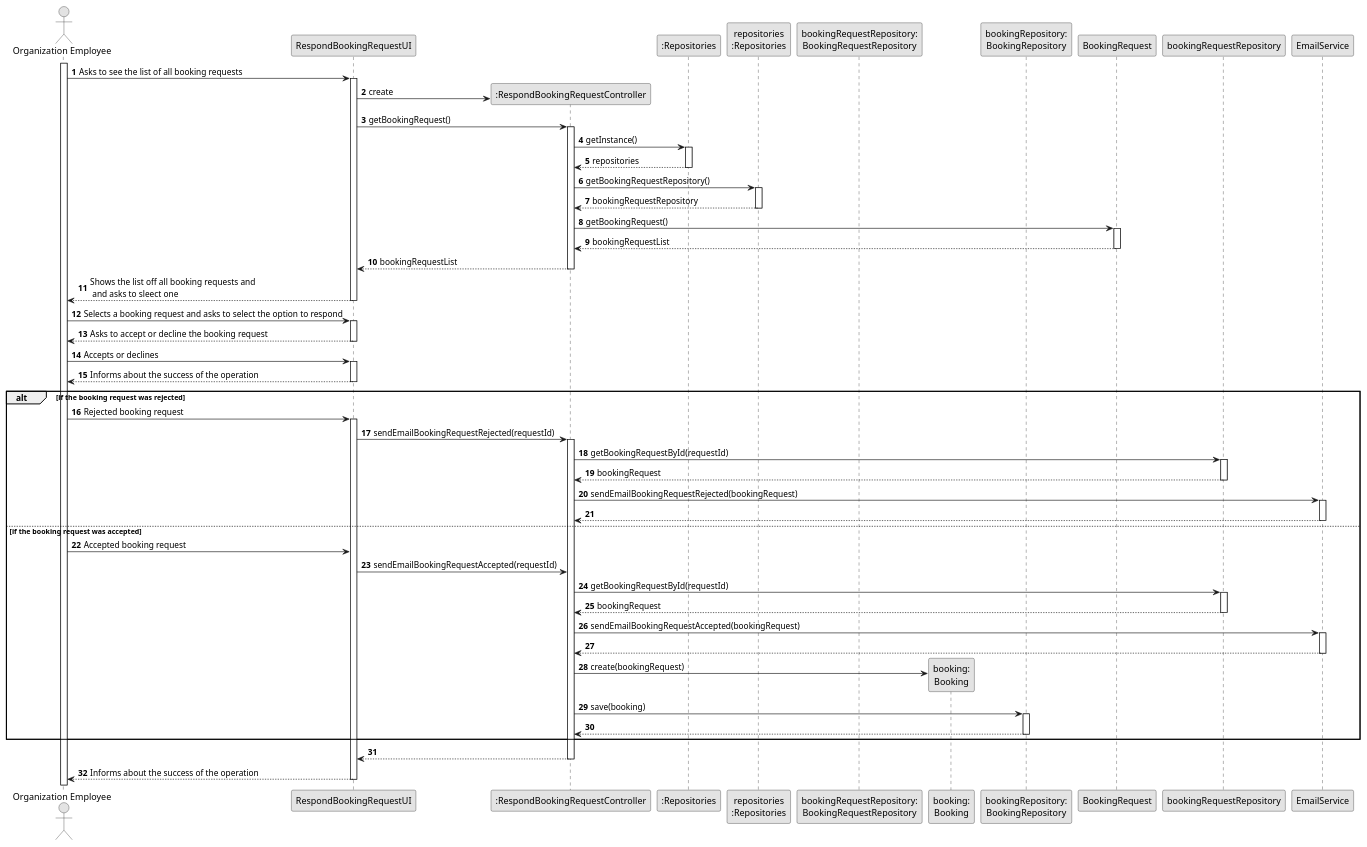
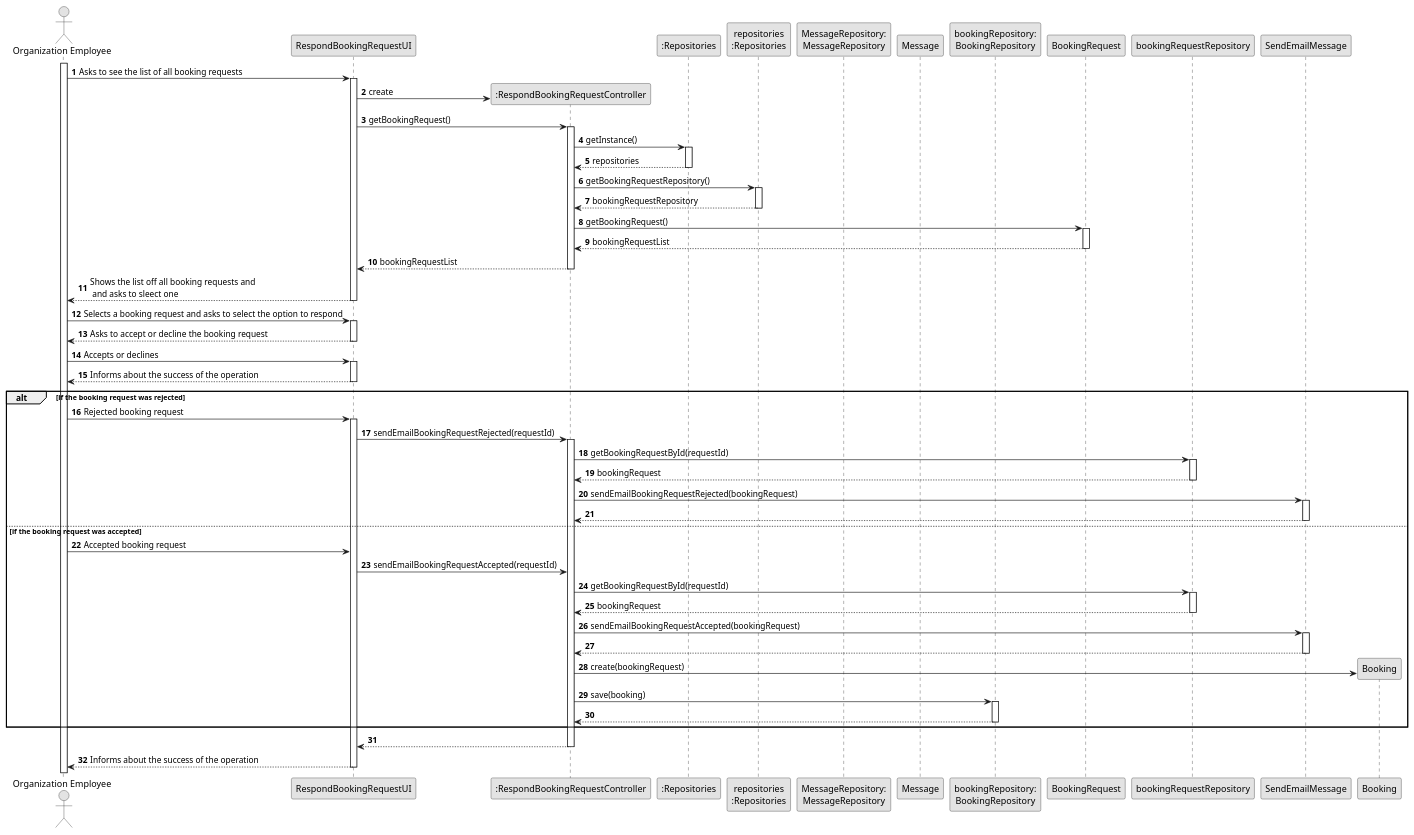
The diagram in docs/sprintD/us016/03.design/puml/us016-sequence-diagram-full.puml (1220812/LAPR2), drawn with PlantUML before and after one commit. The commit also changed 1 other file, not shown here.

Commit message:
US016- Corrected the domain model, partly fixed the sequence diagram full

```diff
--- a/docs/sprintD/us016/03.design/puml/us016-sequence-diagram-full.puml
+++ b/docs/sprintD/us016/03.design/puml/us016-sequence-diagram-full.puml
@@ -1,154 +1,154 @@
 @startuml
 skinparam monochrome true
 skinparam packageStyle rectangle
 skinparam shadowing false
 
 autonumber
 
 'hide footbox
 actor "Organization Employee" as ADM
 participant "RespondBookingRequestUI" as UI
 participant ":RespondBookingRequestController" as CTRL
 participant ":Repositories" as RepositorySingleton
 participant "repositories\n:Repositories" as PLAT
-participant "bookingRequestRepository:\nBookingRequestRepository" as BookingRequestRepository
-participant "booking:\nBooking" as Booking
+participant "MessageRepository:\nMessageRepository" as MessageRepository
+participant "Message" as Message
 participant "bookingRepository:\nBookingRepository" as BookingRepository
 
 activate ADM
 
         ADM -> UI : Asks to see the list of all booking requests
 
         activate UI
 
 '            UI --> ADM : requests data (reference, description,  informal \n description, technical description, duration, cost)
             'create CTRL
             UI -> CTRL** : create
 
             UI -> CTRL : getBookingRequest()
             activate CTRL
 
                 CTRL -> RepositorySingleton : getInstance()
                 activate RepositorySingleton
 
                     RepositorySingleton --> CTRL: repositories
                 deactivate RepositorySingleton
 
                 CTRL -> PLAT : getBookingRequestRepository()
                 activate PLAT
 
                     PLAT --> CTRL: bookingRequestRepository
                 deactivate PLAT
 
                 CTRL -> BookingRequest : getBookingRequest()
                 activate BookingRequest
 
                    BookingRequest --> CTRL : bookingRequestList
                 deactivate BookingRequest
 
                 CTRL --> UI : bookingRequestList
             deactivate CTRL
 
             UI --> ADM : Shows the list off all booking requests and \n and asks to sleect one
         deactivate UI
 
     ADM -> UI : Selects a booking request and asks to select the option to respond
     activate UI
 
         UI --> ADM : Asks to accept or decline the booking request
     deactivate UI
 
     ADM -> UI : Accepts or declines
     activate UI
 
     UI --> ADM : Informs about the success of the operation
 
     deactivate UI
 
     alt if the booking request was rejected
 
 
 
 
    ADM -> UI : Rejected booking request
 
    activate UI
 
    UI -> CTRL : sendEmailBookingRequestRejected(requestId)
 
 
 
    activate CTRL
 
    CTRL -> bookingRequestRepository: getBookingRequestById(requestId)
 
    activate bookingRequestRepository
 
    bookingRequestRepository --> CTRL : bookingRequest
 
    deactivate bookingRequestRepository
 
 
-   CTRL -> EmailService : sendEmailBookingRequestRejected(bookingRequest)
+   CTRL -> SendEmailMessage : sendEmailBookingRequestRejected(bookingRequest)
 
 
-   activate EmailService
+   activate SendEmailMessage
 
-   EmailService --> CTRL :
+   SendEmailMessage --> CTRL :
 
 
 
-   deactivate EmailService
+   deactivate SendEmailMessage
 
     else if the booking request was accepted
 
     ADM -> UI : Accepted booking request
 
 
 
        UI -> CTRL : sendEmailBookingRequestAccepted(requestId)
 
       CTRL -> bookingRequestRepository: getBookingRequestById(requestId)
 
        activate bookingRequestRepository
 
        bookingRequestRepository --> CTRL : bookingRequest
 
        deactivate bookingRequestRepository
 
 
 
 
 
-    CTRL -> EmailService : sendEmailBookingRequestAccepted(bookingRequest)
+    CTRL -> SendEmailMessage : sendEmailBookingRequestAccepted(bookingRequest)
 
-    activate EmailService
+    activate SendEmailMessage
 
-    EmailService --> CTRL :
+    SendEmailMessage --> CTRL :
 
-    deactivate EmailService
+    deactivate SendEmailMessage
 
     CTRL -> Booking** : create(bookingRequest)
 
     CTRL -> BookingRepository : save(booking)
 
     activate BookingRepository
 
     BookingRepository --> CTRL :
 
     deactivate BookingRepository
 
 
 
     end
 
     CTRL --> UI:
 
     deactivate CTRL
 
     UI --> ADM : Informs about the success of the operation
 
     deactivate UI
 
 
 @enduml
```
